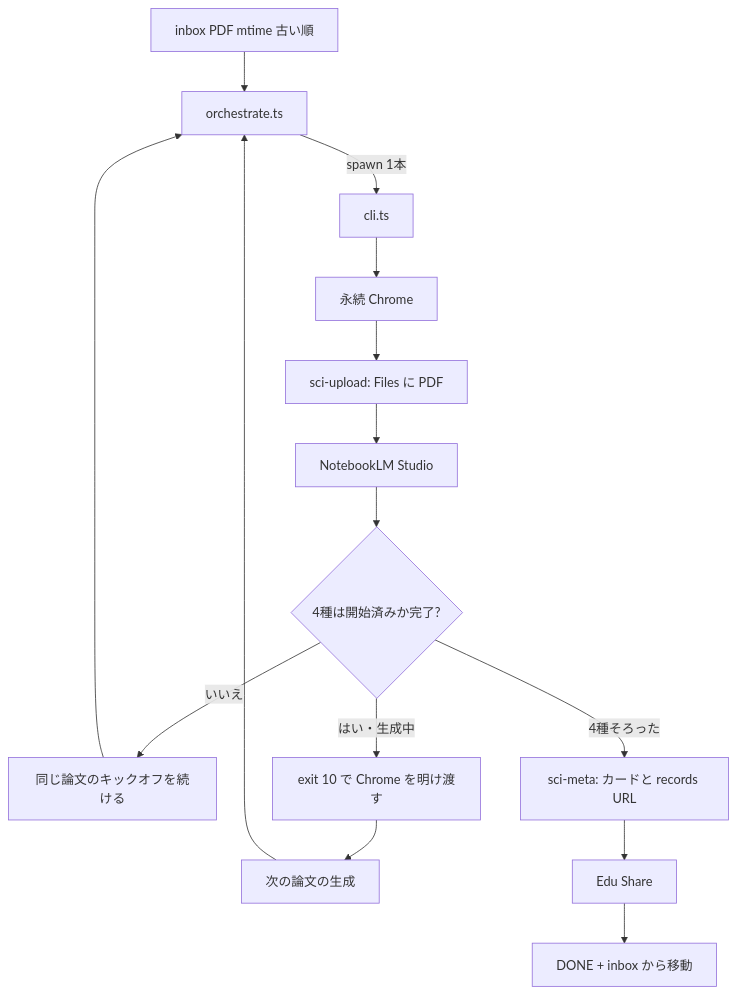
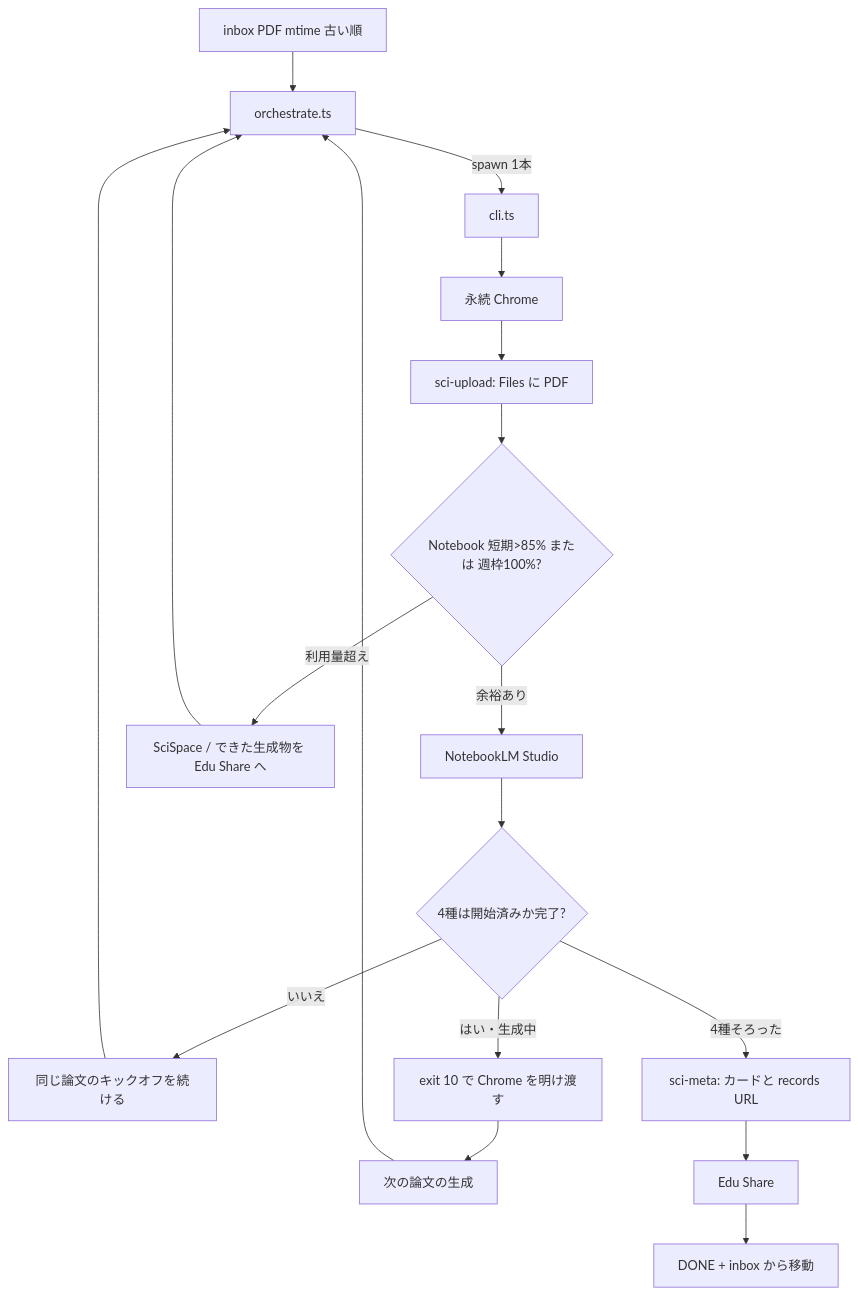
The first of 4 diagrams in tools/paper-pipeline/docs/flow.md (doren-hub/Edu-Share), drawn with Mermaid before and after one commit. The commit also changed other lines of this file and 27 other files, not shown here.

First line of the commit message:
feat: Notebook 利用量待ちは harvest を優先し、SciSpace 貼り付け原文を残す (#11)

````diff
--- a/tools/paper-pipeline/docs/flow.md
+++ b/tools/paper-pipeline/docs/flow.md
@@ -11,17 +11,20 @@
 ```mermaid
 flowchart TD
   inbox[inbox PDF mtime 古い順] --> orch[orchestrate.ts]
   orch -->|spawn 1本| worker[cli.ts]
   worker --> chrome[永続 Chrome]
   chrome --> sciUp[sci-upload: Files に PDF]
-  sciUp --> nlm[NotebookLM Studio]
+  sciUp --> quota{Notebook 短期>85% または 週枠100%?}
+  quota -->|余裕あり| nlm[NotebookLM Studio]
+  quota -->|利用量超え| harvest[SciSpace / できた生成物を Edu Share へ]
+  harvest --> orch
   nlm --> wait{4種は開始済みか完了?}
   wait -->|いいえ| same[同じ論文のキックオフを続ける]
   same --> orch
   wait -->|はい・生成中| yield[exit 10 で Chrome を明け渡す]
   yield --> next[次の論文の生成]
   next --> orch
   wait -->|4種そろった| sciMeta[sci-meta: カードと records URL]
   sciMeta --> edu[Edu Share]
   edu --> done[DONE + inbox から移動]
 ```
````
